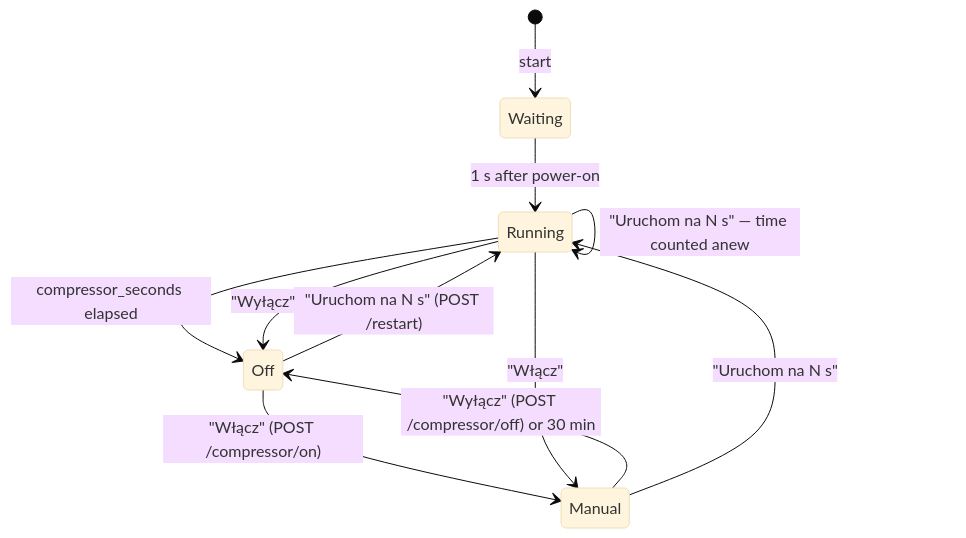
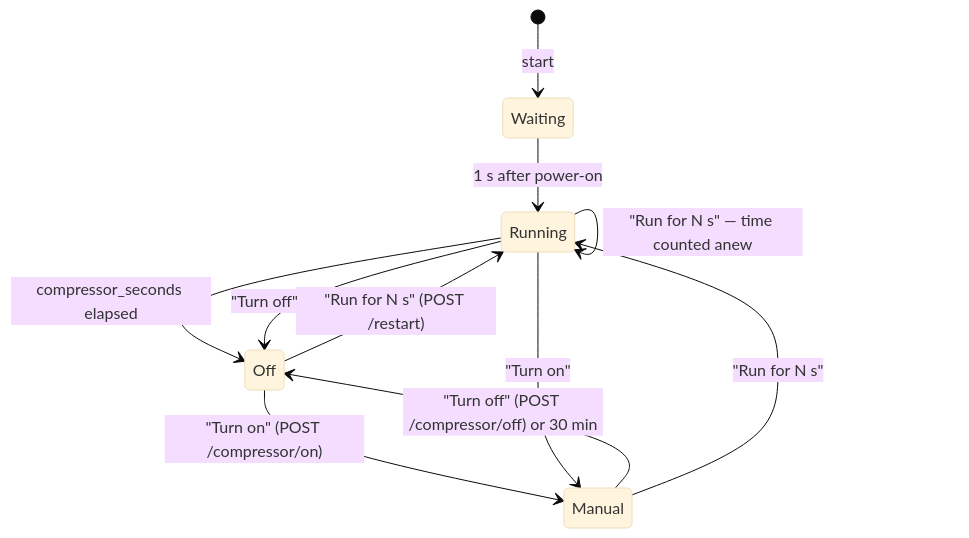
Before and after one commit to robertorlowski/chpc-web: the second of 3 diagrams in devices/water-pressure-tank/docs/en/2-how-it-works.md, drawn with Mermaid (base theme). The commit also changed other lines of this file and 36 other files, not shown here.

````diff
--- a/devices/water-pressure-tank/docs/en/2-how-it-works.md
+++ b/devices/water-pressure-tank/docs/en/2-how-it-works.md
@@ -35,13 +35,13 @@
 ```mermaid
 stateDiagram-v2
     [*] --> Waiting: start
     Waiting --> Running: 1 s after power-on
     Running --> Off: compressor_seconds elapsed
-    Off --> Running: "Uruchom na N s" (POST /restart)
-    Running --> Running: "Uruchom na N s" — time counted anew
-    Off --> Manual: "Włącz" (POST /compressor/on)
-    Running --> Manual: "Włącz"
-    Manual --> Off: "Wyłącz" (POST /compressor/off) or 30 min
-    Running --> Off: "Wyłącz"
-    Manual --> Running: "Uruchom na N s"
+    Off --> Running: "Run for N s" (POST /restart)
+    Running --> Running: "Run for N s" — time counted anew
+    Off --> Manual: "Turn on" (POST /compressor/on)
+    Running --> Manual: "Turn on"
+    Manual --> Off: "Turn off" (POST /compressor/off) or 30 min
+    Running --> Off: "Turn off"
+    Manual --> Running: "Run for N s"
 ```
````
